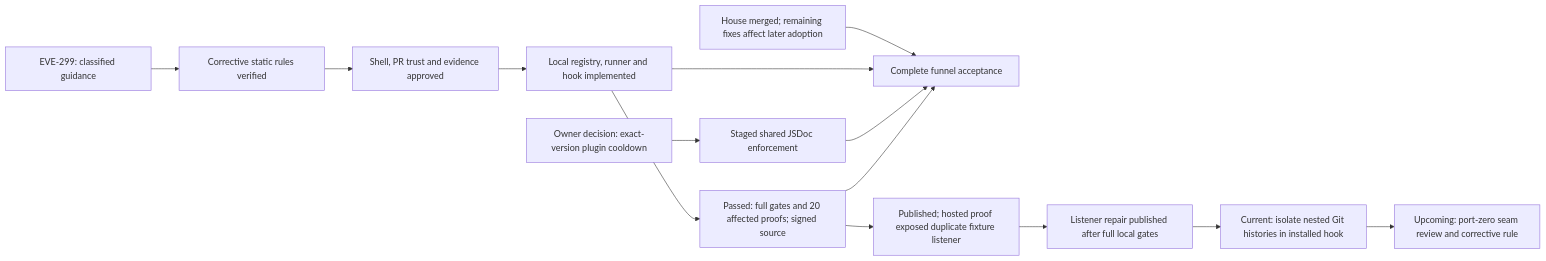
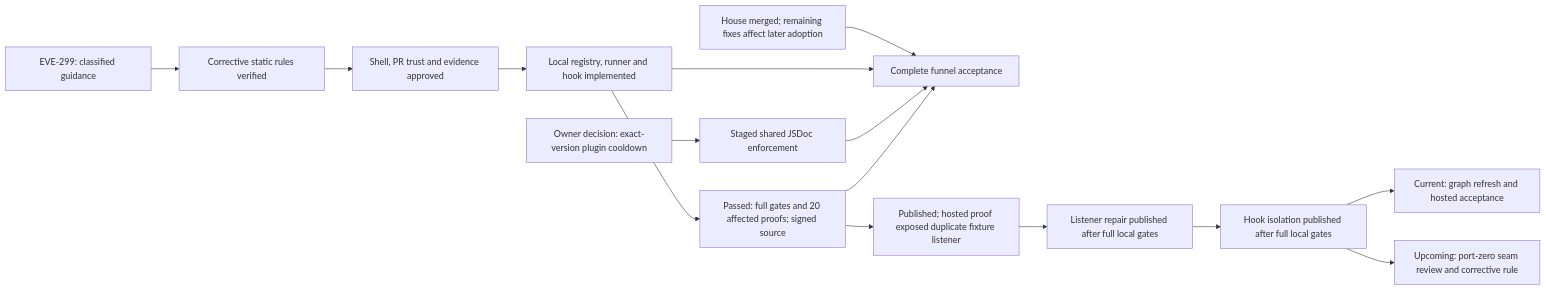
Before and after one commit to Resnovas/Eventiva: the third of 46 diagrams in docs/planning/timeline.md, drawn with Mermaid. The commit also changed other lines of this file and 2 other files, not shown here.

Commit message:
chore(graphify): refresh fixture isolation graph and delivery evidence
Record the listener and installed-hook repairs after full local verification, with independently verified tracker mirrors and separate hosted acceptance state. Regenerate the code graph from a build-output-free source archive.

Refs: EVE-299, Resnovas/Eventiva#1092, RES-66

````diff
--- a/docs/planning/timeline.md
+++ b/docs/planning/timeline.md
@@ -87,16 +89,17 @@
 ```mermaid
 flowchart LR
     FunnelReview["EVE-299: classified guidance"] --> StaticSlice["Corrective static rules verified"]
     StaticSlice --> OwnerChoices["Shell, PR trust and evidence approved"]
     OwnerChoices --> FeatureProof["Local registry, runner and hook implemented"]
     HouseSource["House merged; remaining fixes affect later adoption"] --> FullFunnel["Complete funnel acceptance"]
     FeatureProof --> FullFunnel
     FeatureProof --> Delivery["Passed: full gates and 20 affected proofs; signed source"]
     Delivery --> Publication["Published; hosted proof exposed duplicate fixture listener"]
     Publication --> FixtureRepair["Listener repair published after full local gates"]
-    FixtureRepair --> HookRepair["Current: isolate nested Git histories in installed hook"]
+    FixtureRepair --> HookRepair["Hook isolation published after full local gates"]
+    HookRepair --> GraphEvidence["Current: graph refresh and hosted acceptance"]
     HookRepair --> PortPolicy["Upcoming: port-zero seam review and corrective rule"]
     Cooldown["Owner decision: exact-version plugin cooldown"] --> SharedRules["Staged shared JSDoc enforcement"]
     SharedRules --> FullFunnel
     Delivery --> FullFunnel
 ```
````
